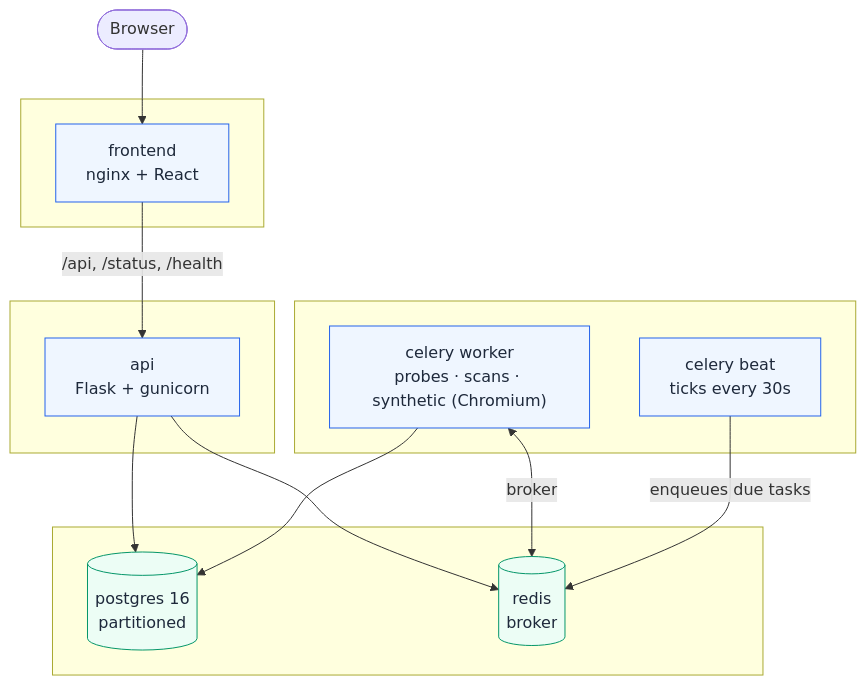
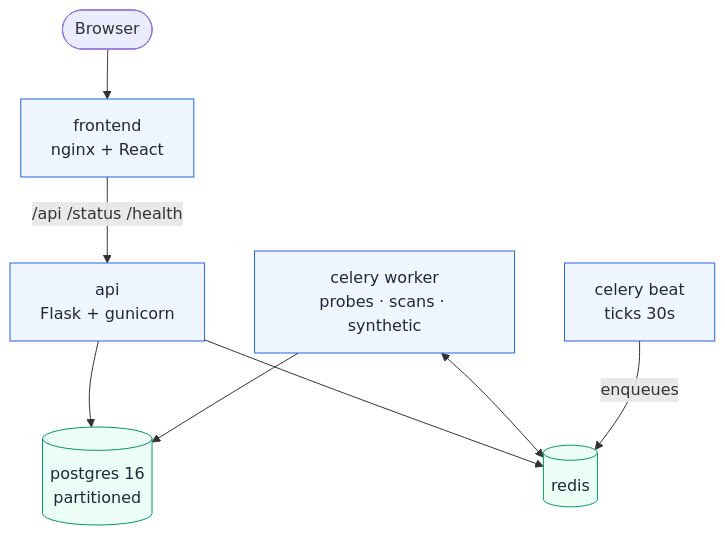
One commit to Nitishjha7/webguard-scanpulse changed the first of 2 diagrams in README.md. Above: the diagram before and after it, drawn with Mermaid. The commit also changed other lines of this file, not shown here.

````diff
--- a/README.md
+++ b/README.md
@@ -156,31 +46,15 @@
 ```mermaid
 flowchart TB
-    browser(["Browser"])
-    subgraph edge[" "]
-        frontend["frontend<br/>nginx + React"]
-    end
-    subgraph app[" "]
-        api["api<br/>Flask + gunicorn"]
-    end
-    subgraph data[" "]
-        pg[("postgres 16<br/>partitioned")]
-        redis[("redis<br/>broker")]
-    end
-    subgraph compute[" "]
-        worker["celery worker<br/>probes · scans · synthetic (Chromium)"]
-        beat["celery beat<br/>ticks every 30s"]
-    end
-
-    browser --> frontend
-    frontend -- "/api, /status, /health" --> api
-    api --> pg
-    api --> redis
-    worker --> pg
-    worker <-- "broker" --> redis
-    beat -- "enqueues due tasks" --> redis
+    browser(["Browser"]) --> frontend["frontend<br/>nginx + React"]
+    frontend -- "/api /status /health" --> api["api<br/>Flask + gunicorn"]
+    api --> pg[("postgres 16<br/>partitioned")]
+    api --> redis[("redis")]
+    worker["celery worker<br/>probes · scans · synthetic"] --> pg
+    worker <--> redis
+    beat["celery beat<br/>ticks 30s"] -- enqueues --> redis
 
     classDef svc fill:#eff6ff,stroke:#2563eb,color:#1e293b
     classDef store fill:#ecfdf5,stroke:#059669,color:#1e293b
     class frontend,api,worker,beat svc
     class pg,redis store
 ```
````
